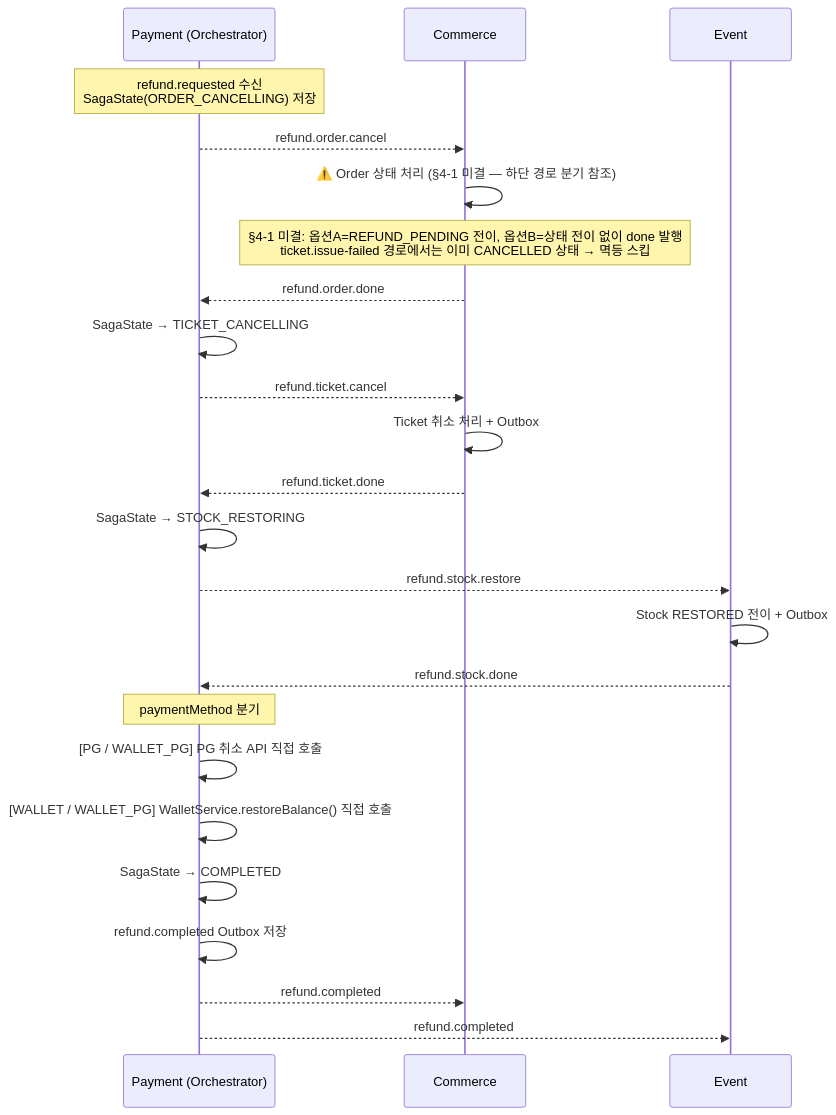
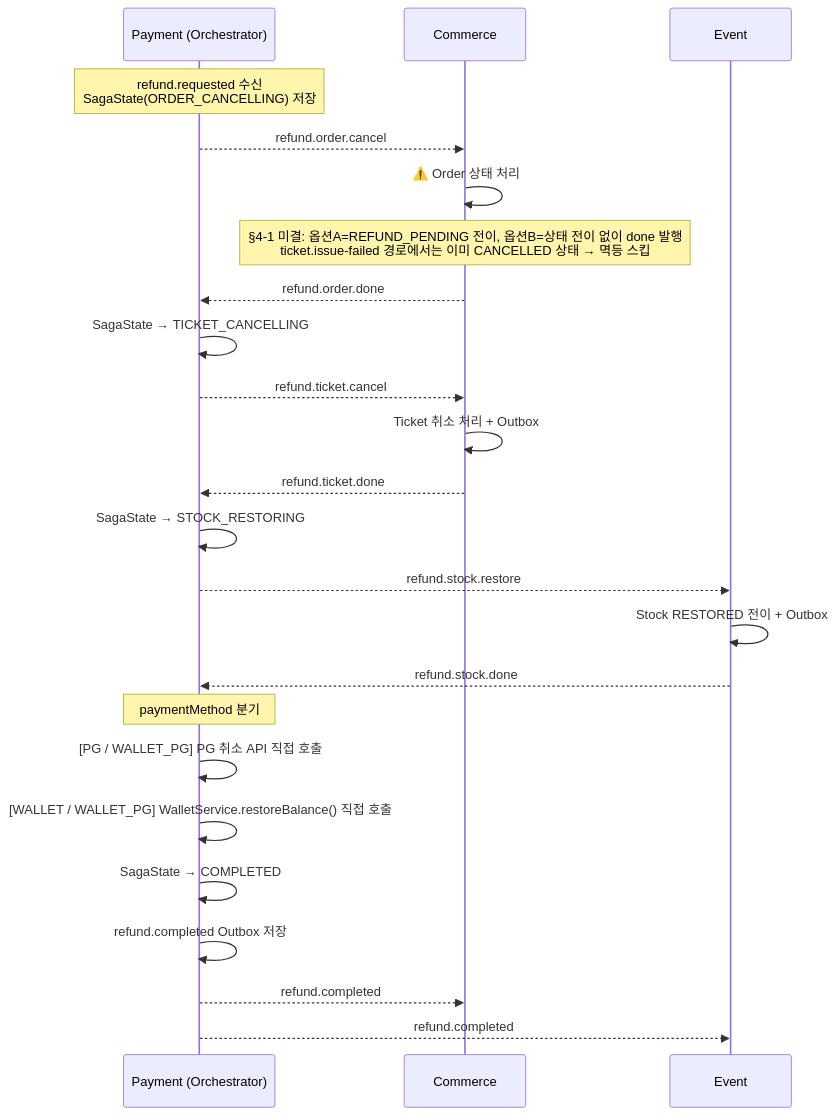
One commit to prgrms-be-adv-devcourse/beadv5_1_HeadbuttingDinosaur_BE changed the diagram in docs/kafka/kafka-design.md. Above: the diagram before and after it, drawn with Mermaid. The commit also changed other lines of this file and 35 other files, not shown here.

````diff
--- a/docs/kafka/kafka-design.md
+++ b/docs/kafka/kafka-design.md
@@ -960,31 +960,31 @@
 ```mermaid
 sequenceDiagram
     participant Orchestrator as Payment (Orchestrator)
     participant Commerce
     participant Event
 
     Note over Orchestrator: refund.requested 수신<br/>SagaState(ORDER_CANCELLING) 저장
 
     Orchestrator-->>Commerce: refund.order.cancel
-    Commerce->>Commerce: ⚠️ Order 상태 처리 (§4-1 미결 — 하단 경로 분기 참조)
+    Commerce->>Commerce: ⚠️ Order 상태 처리
     Note over Commerce: §4-1 미결: 옵션A=REFUND_PENDING 전이, 옵션B=상태 전이 없이 done 발행<br/>ticket.issue-failed 경로에서는 이미 CANCELLED 상태 → 멱등 스킵
     Commerce-->>Orchestrator: refund.order.done
 
     Orchestrator->>Orchestrator: SagaState → TICKET_CANCELLING
     Orchestrator-->>Commerce: refund.ticket.cancel
     Commerce->>Commerce: Ticket 취소 처리 + Outbox
     Commerce-->>Orchestrator: refund.ticket.done
 
     Orchestrator->>Orchestrator: SagaState → STOCK_RESTORING
     Orchestrator-->>Event: refund.stock.restore
     Event->>Event: Stock RESTORED 전이 + Outbox
     Event-->>Orchestrator: refund.stock.done
 
     Note over Orchestrator: paymentMethod 분기
     Orchestrator->>Orchestrator: [PG / WALLET_PG] PG 취소 API 직접 호출
     Orchestrator->>Orchestrator: [WALLET / WALLET_PG] WalletService.restoreBalance() 직접 호출
     Orchestrator->>Orchestrator: SagaState → COMPLETED
     Orchestrator->>Orchestrator: refund.completed Outbox 저장
     Orchestrator-->>Commerce: refund.completed
     Orchestrator-->>Event: refund.completed
 ```
````
